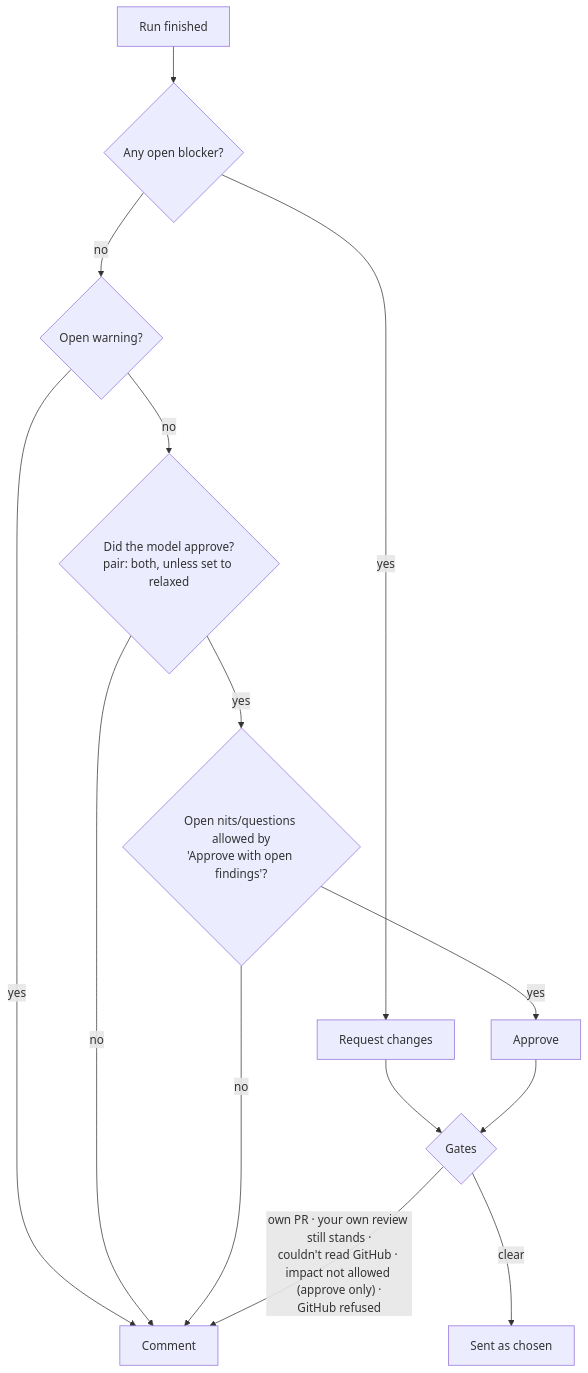
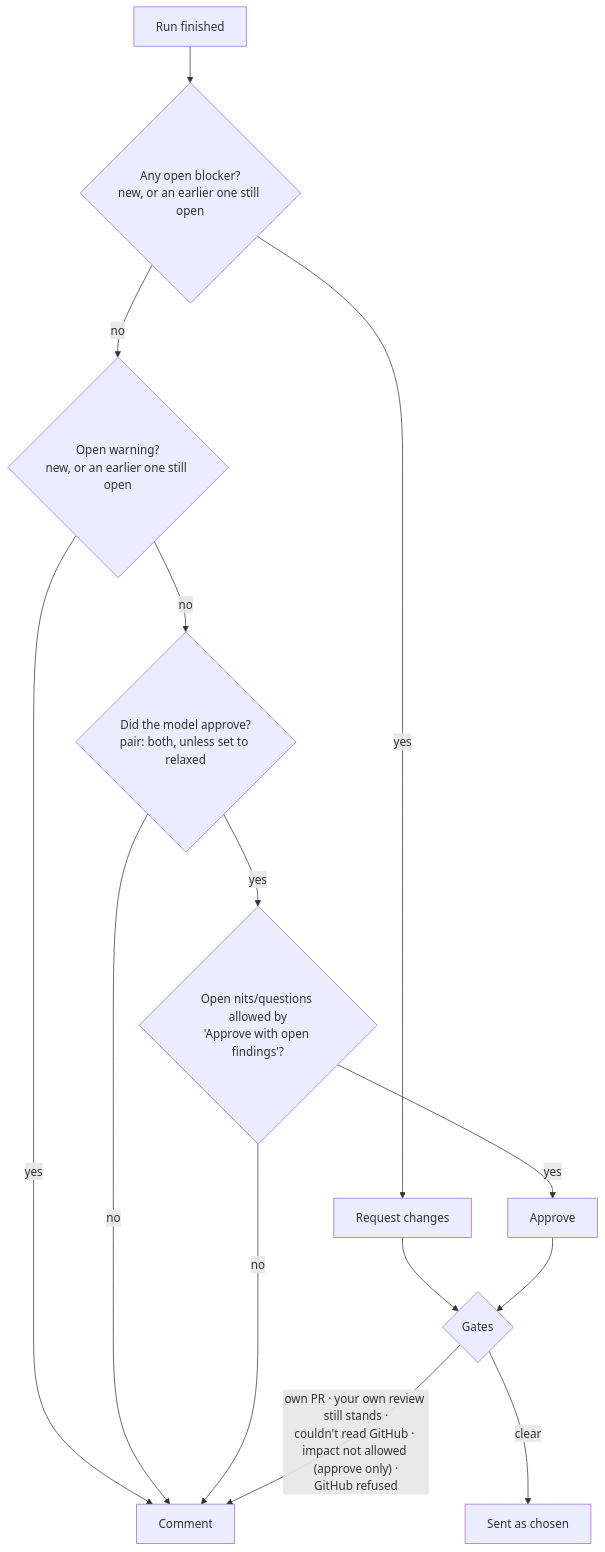
The fourth of 7 diagrams in docs/TEAM-REVIEW.md (alexwakeman/pierre-review), drawn with Mermaid before and after one commit. The commit also changed other lines of this file and 57 other files, not shown here.

````diff
--- a/docs/TEAM-REVIEW.md
+++ b/docs/TEAM-REVIEW.md
@@ -207,16 +229,16 @@
 ```mermaid
 flowchart TD
-  S[Run finished] --> B{Any open blocker?}
+  S[Run finished] --> B{Any open blocker?<br/>new, or an earlier one still open}
   B -- yes --> RC[Request changes]
-  B -- no --> W{Open warning?}
+  B -- no --> W{Open warning?<br/>new, or an earlier one still open}
   W -- yes --> C[Comment]
   W -- no --> M{Did the model approve?<br/>pair: both, unless set to relaxed}
   M -- no --> C
   M -- yes --> L{Open nits/questions allowed by<br/>'Approve with open findings'?}
   L -- no --> C
   L -- yes --> AP[Approve]
   RC --> G{Gates}
   AP --> G
   G -- "own PR · your own review still stands ·<br/>couldn't read GitHub · impact not allowed (approve only) ·<br/>GitHub refused" --> C
   G -- clear --> SEND[Sent as chosen]
 ```
````
